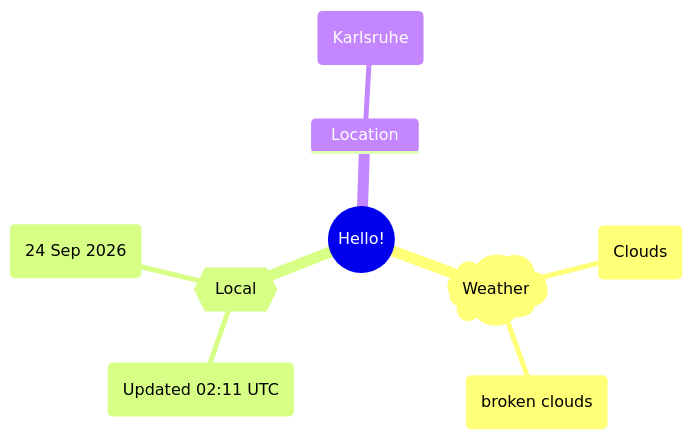
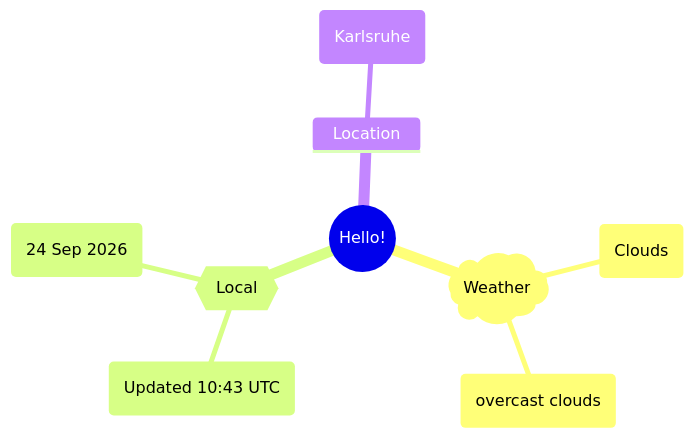
One commit to Xosrov/Xosrov changed the first of 2 diagrams in README.md. Above: the diagram before and after it, drawn with Mermaid.

Commit message:
[bot] updated images

````diff
--- a/README.md
+++ b/README.md
@@ -3,12 +3,12 @@
 ```mermaid
 mindmap
   root((Hello!))
     )Weather(
         (Clouds)
-        (broken clouds)
+        (overcast clouds)
     {{Local}}
-        (Updated 02:11 UTC)
+        (Updated 10:43 UTC)
         (24 Sep 2026)
     Location
         (Karlsruhe)
 ```
````
